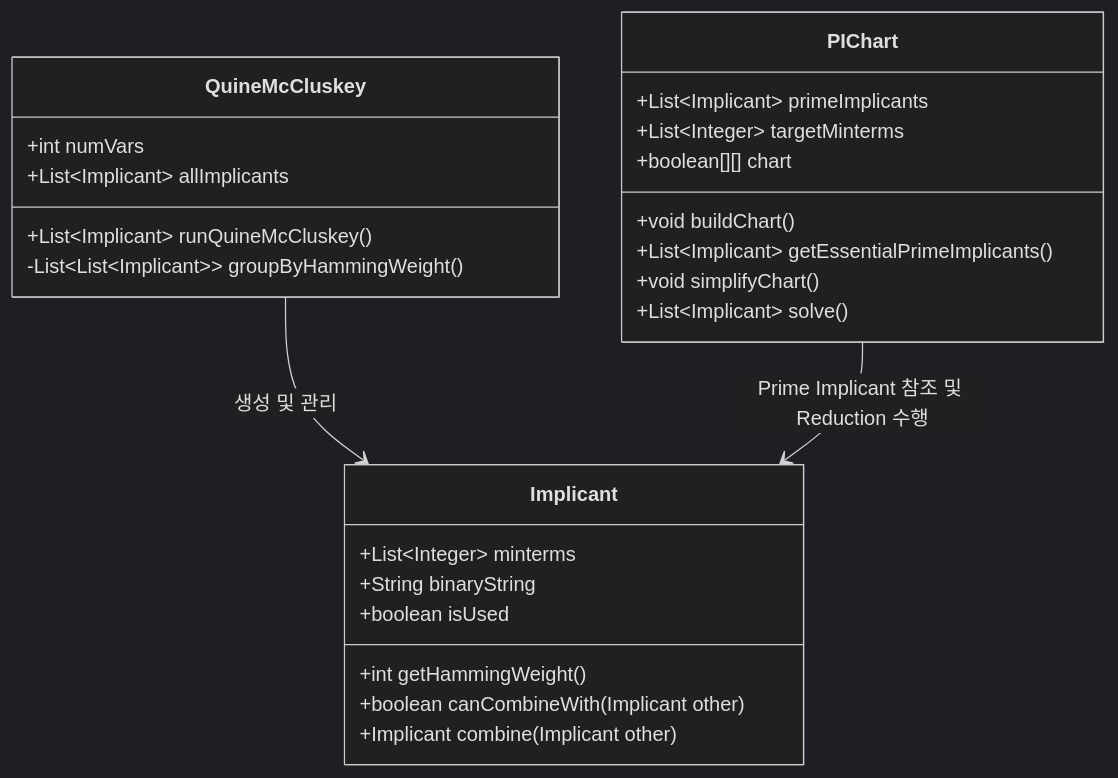
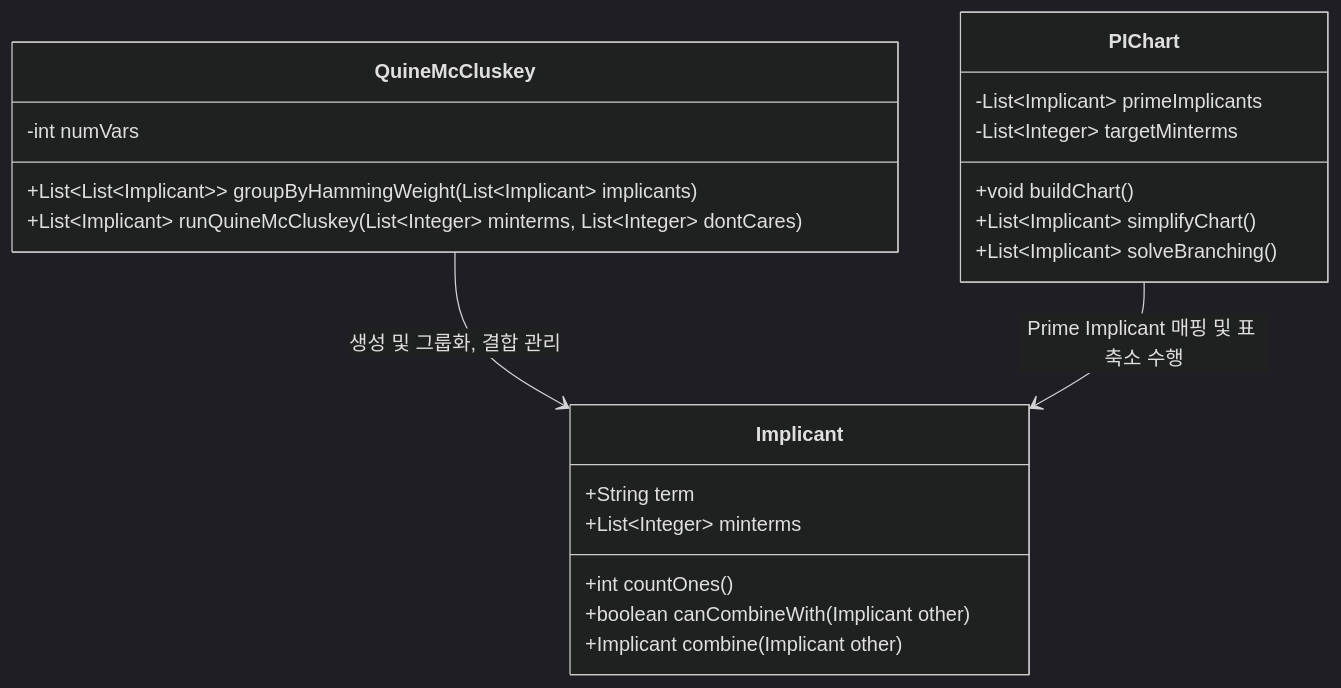
The diagram in docs/data_structure_design.md (prestige-kim/Logic-Design), drawn with Mermaid (dark theme) before and after one commit. The commit also changed other lines of this file and 11 other files, not shown here.

Commit message:
Update project documentation to String-based architecture

````diff
--- a/docs/data_structure_design.md
+++ b/docs/data_structure_design.md
@@ -11,31 +11,27 @@
 ```mermaid
 classDiagram
     class Implicant {
+        +String term
         +List~Integer~ minterms
-        +String binaryString
-        +boolean isUsed
-        +int getHammingWeight()
+        +int countOnes()
         +boolean canCombineWith(Implicant other)
         +Implicant combine(Implicant other)
     }
 
     class QuineMcCluskey {
-        +int numVars
-        +List~Implicant~ allImplicants
-        +List~Implicant~ runQuineMcCluskey()
-        -List~List~Implicant~~ groupByHammingWeight()
+        -int numVars
+        +List~List~Implicant~~ groupByHammingWeight(List~Implicant~ implicants)
+        +List~Implicant~ runQuineMcCluskey(List~Integer~ minterms, List~Integer~ dontCares)
     }
 
     class PIChart {
-        +List~Implicant~ primeImplicants
-        +List~Integer~ targetMinterms
-        +boolean[][] chart
+        -List~Implicant~ primeImplicants
+        -List~Integer~ targetMinterms
         +void buildChart()
-        +List~Implicant~ getEssentialPrimeImplicants()
-        +void simplifyChart()
-        +List~Implicant~ solve()
+        +List~Implicant~ simplifyChart()
+        +List~Implicant~ solveBranching()
     }
 
-    QuineMcCluskey --> Implicant : 생성 및 관리
-    PIChart --> Implicant : Prime Implicant 참조 및 Reduction 수행
+    QuineMcCluskey --> Implicant : 생성 및 그룹화, 결합 관리
+    PIChart --> Implicant : Prime Implicant 매핑 및 표 축소 수행
 ```
````
